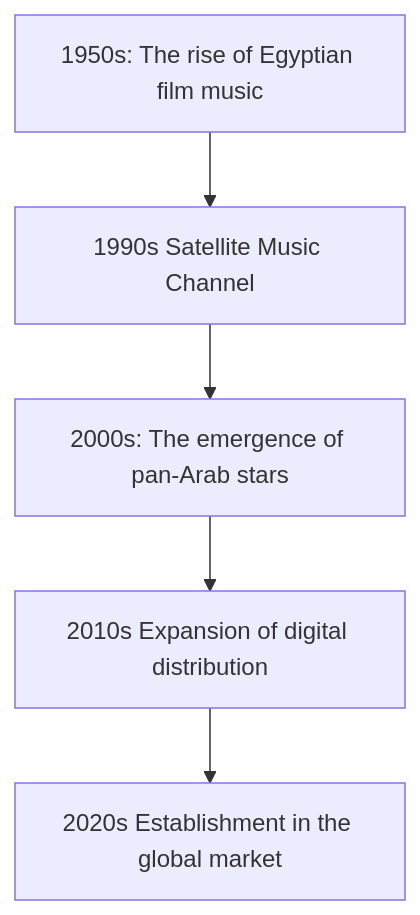
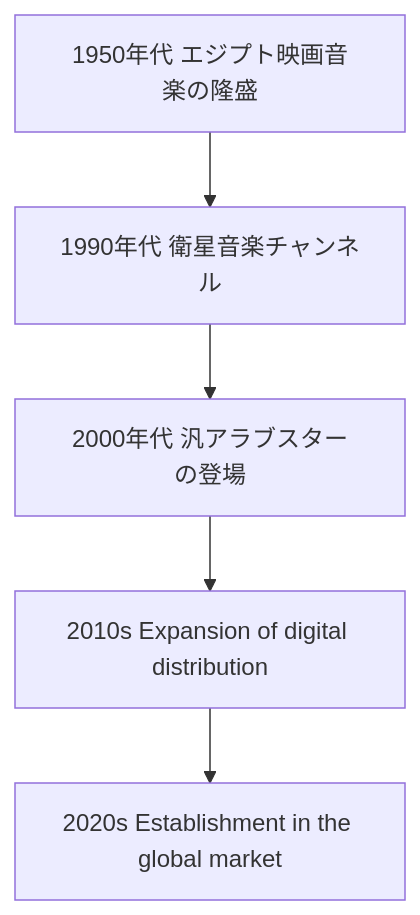
Before and after one commit to monumental-movement/monumental-movement.github.io: the diagram in en/_posts/2026-01-23-column-arabic-pop.md, drawn with Mermaid. The commit also changed other lines of this file and 2196 other files, not shown here.

```diff
--- a/en/_posts/2026-01-23-column-arabic-pop.md
+++ b/en/_posts/2026-01-23-column-arabic-pop.md
@@ -168,7 +168,7 @@
 <div class="mermaid">
 flowchart TD
-A[1950s: The rise of Egyptian film music] --> B[1990s Satellite Music Channel]
-B --> C[2000s: The emergence of pan-Arab stars]
+A[1950年代 エジプト映画音楽の隆盛] --> B[1990年代 衛星音楽チャンネル]
+B --> C[2000年代 汎アラブスターの登場]
 C --> D[2010s Expansion of digital distribution]
 D --> E[2020s Establishment in the global market]
 </div>
```
